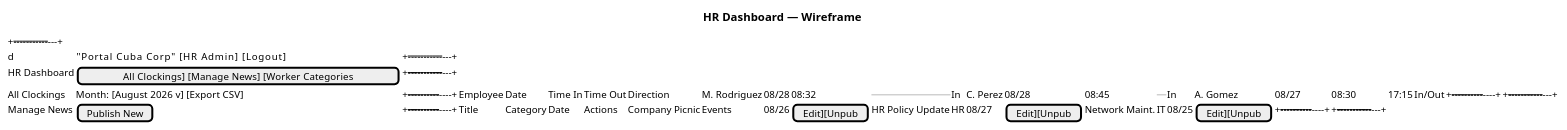
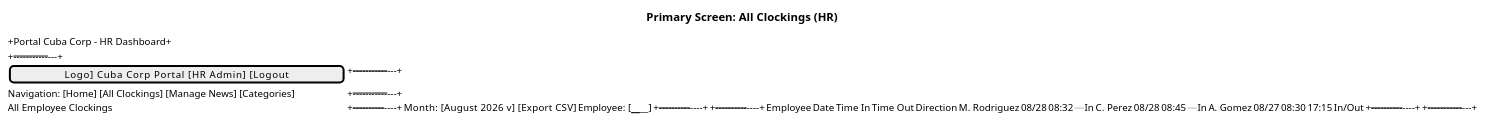
Diagram 31 of 32 in docs/artifacts/analysis---design/design-model.md (banense-test/portal-cuba-corp), drawn with PlantUML before and after one commit. The commit also changed other lines of this file, not shown here.

````diff
--- a/docs/artifacts/analysis---design/design-model.md
+++ b/docs/artifacts/analysis---design/design-model.md
@@ -2310,31 +2255,25 @@
 ```plantuml
 @startsalt
-title HR Dashboard — Wireframe
+title Primary Screen: All Clockings (HR)
 {
+  +Portal Cuba Corp - HR Dashboard+
   +----------------------------------------------------------+
-  |d{"Portal Cuba Corp"            [HR Admin] [Logout] }   |
+  |  [Logo]  Cuba Corp Portal          [HR Admin] [Logout]    |
   +----------------------------------------------------------+
-  |  HR Dashboard                                            |
-  |  [All Clockings]  [Manage News]  [Worker Categories]    |
+  |  Navigation: [Home] [All Clockings] [Manage News] [Categories]|
   +----------------------------------------------------------+
-  |  All Clockings                                           |
-  |  Month: [August 2026 v]  [Export CSV]                   |
+  |  All Employee Clockings                                    |
+  |  +------------------------------------------------------+|
+  |  |  Month: [August 2026 v]    [Export CSV]              ||
+  |  |  Employee: [____________]                           ||
+  |  +------------------------------------------------------+|
   |  +------------------------------------------------------+|
   |  |Employee    | Date    | Time In | Time Out | Direction||
   |  |M. Rodriguez| 08/28   | 08:32   | ---      | In      ||
   |  |C. Perez    | 08/28   | 08:45   | ---      | In      ||
   |  |A. Gomez    | 08/27   | 08:30   | 17:15    | In/Out  ||
   |  +------------------------------------------------------+|
   +----------------------------------------------------------+
-  |  Manage News                                             |
-  |  [Publish New]                                           |
-  |  +------------------------------------------------------+|
-  |  |Title              | Category | Date    | Actions     ||
-  |  |Company Picnic     | Events   | 08/26   |[Edit][Unpub]||
-  |  |HR Policy Update   | HR       | 08/27   |[Edit][Unpub]||
-  |  |Network Maint.     | IT       | 08/25   |[Edit][Unpub]||
-  |  +------------------------------------------------------+|
-  +----------------------------------------------------------+
 }
 @endsalt
 ```
````
